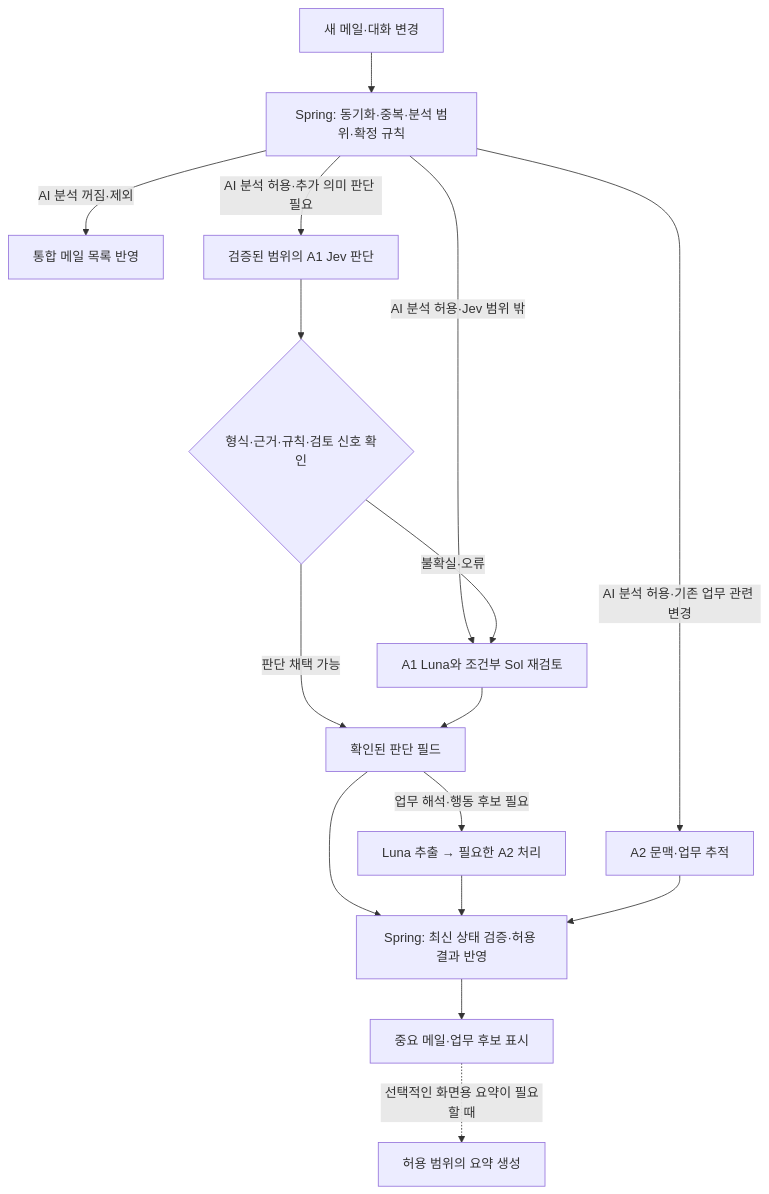
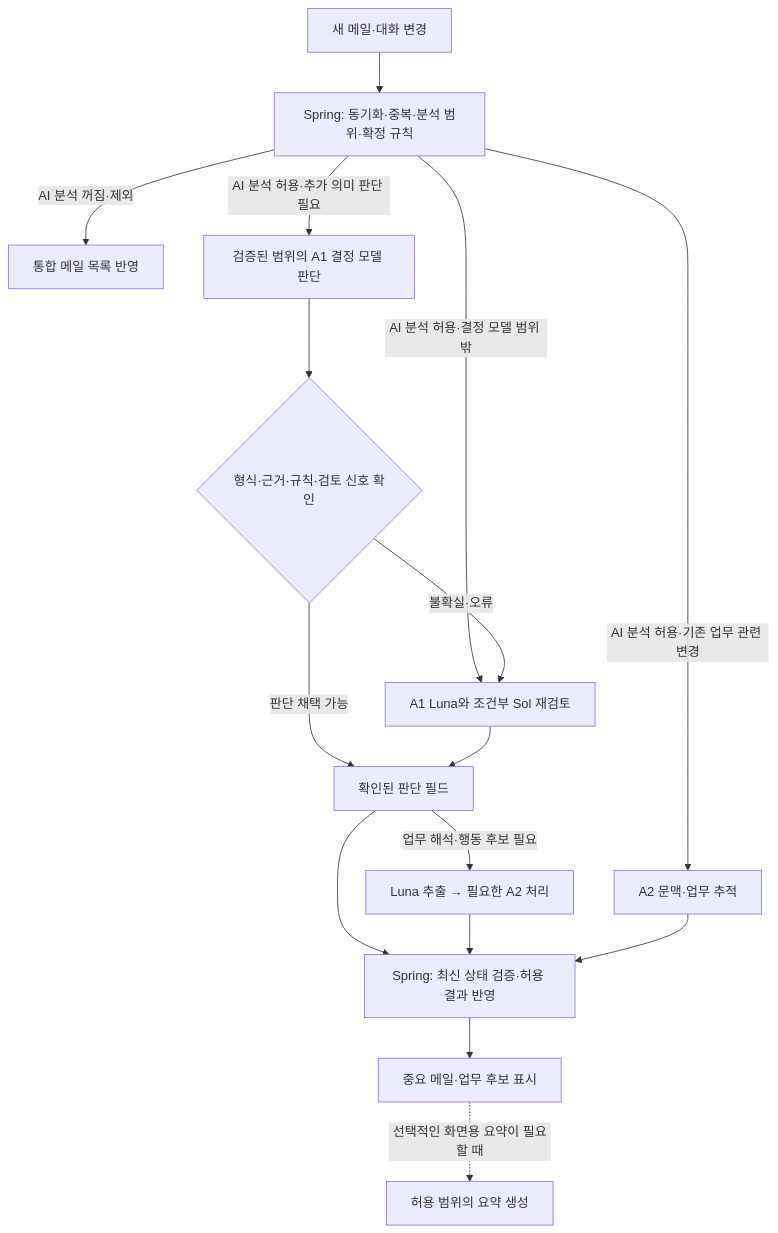
The second of 2 diagrams in docs/12-에이전트+결정모델-세부-구조-v1.0.md (hanmogo/Uteum-Mail), drawn with Mermaid before and after one commit. The commit also changed other lines of this file and 10 other files, not shown here.

````diff
--- a/docs/12-에이전트+결정모델-세부-구조-v1.0.md
+++ b/docs/12-에이전트+결정모델-세부-구조-v1.0.md
@@ -193,18 +302,18 @@
 ```mermaid
 flowchart TD
     MAIL["새 메일·대화 변경"] --> CODE["Spring: 동기화·중복·분석 범위·확정 규칙"]
     CODE -->|AI 분석 꺼짐·제외| MAILBOX["통합 메일 목록 반영"]
-    CODE -->|AI 분석 허용·추가 의미 판단 필요| JEV["검증된 범위의 A1 Jev 판단"]
-    CODE -->|AI 분석 허용·Jev 범위 밖| LUNA["A1 Luna와 조건부 Sol 재검토"]
-    JEV --> VERIFY{"형식·근거·규칙·검토 신호 확인"}
+    CODE -->|AI 분석 허용·추가 의미 판단 필요| DECISION["검증된 범위의 A1 결정 모델 판단"]
+    CODE -->|AI 분석 허용·결정 모델 범위 밖| LUNA["A1 Luna와 조건부 Sol 재검토"]
+    DECISION --> VERIFY{"형식·근거·규칙·검토 신호 확인"}
     VERIFY -->|불확실·오류| LUNA
     VERIFY -->|판단 채택 가능| FIELDS["확인된 판단 필드"]
     LUNA --> FIELDS
     FIELDS -->|업무 해석·행동 후보 필요| EXTRACT["Luna 추출 → 필요한 A2 처리"]
     CODE -->|AI 분석 허용·기존 업무 관련 변경| A2["A2 문맥·업무 추적"]
     FIELDS --> SAVE["Spring: 최신 상태 검증·허용 결과 반영"]
     EXTRACT --> SAVE
     A2 --> SAVE
     SAVE --> UI["중요 메일·업무 후보 표시"]
     UI -. 선택적인 화면용 요약이 필요할 때 .-> SUMMARY["허용 범위의 요약 생성"]
 ```
````
